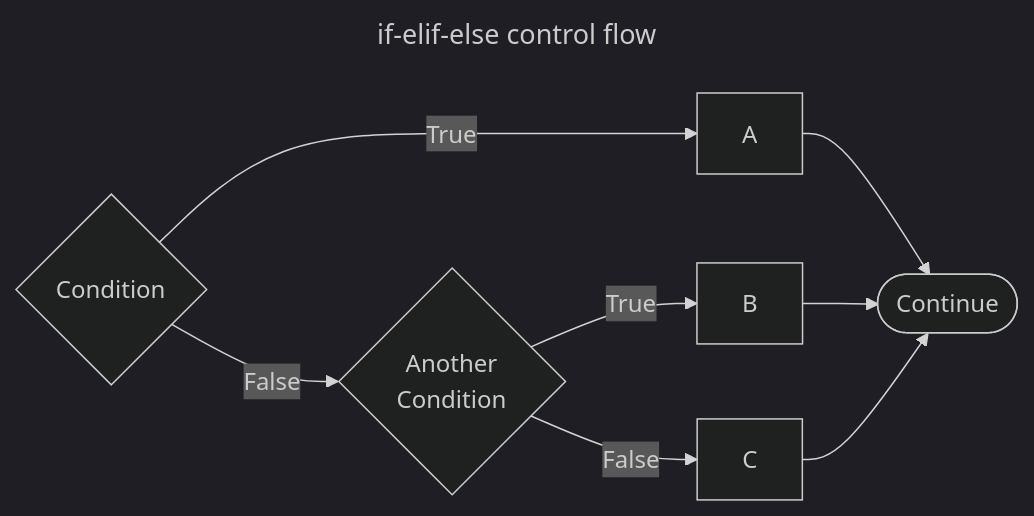
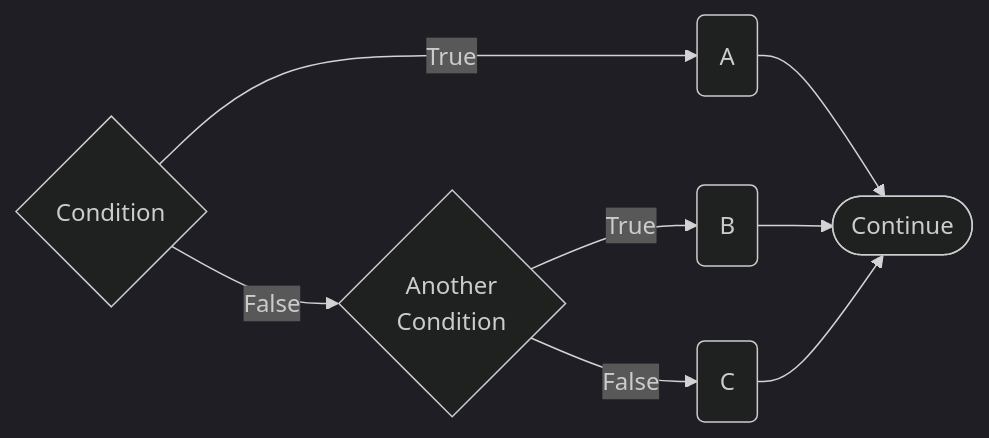
Before and after one commit to jhwohlgemuth/python-novice: the third of 3 diagrams in episodes/03_variables_and_logic.Rmd, drawn with Mermaid (dark theme). The commit also changed other lines of this file, not shown here.

Commit message:
fix: Update a11y of mermaid diagrams

````diff
--- a/episodes/03_variables_and_logic.Rmd
+++ b/episodes/03_variables_and_logic.Rmd
@@ -81,21 +72,17 @@
 ```mermaid
----
-title: if-elif-else control flow
-accTitle: if-elif-else control flow
----
-
 flowchart LR
+    accTitle: {if-elif-else control flow}
     X{"Condition"}
     Y{"Another<br/>Condition"}
-    B1["A"]
-    D1["B"]
-    E1["C"]
+    B1("A")
+    D1("B")
+    E1("C")
     F([Continue])
     X -- True --> B1
     X -- False --> Y
     Y -- True --> D1
     Y -- False --> E1
     B1 --> F
     D1 --> F
     E1 --> F
 ```
````
